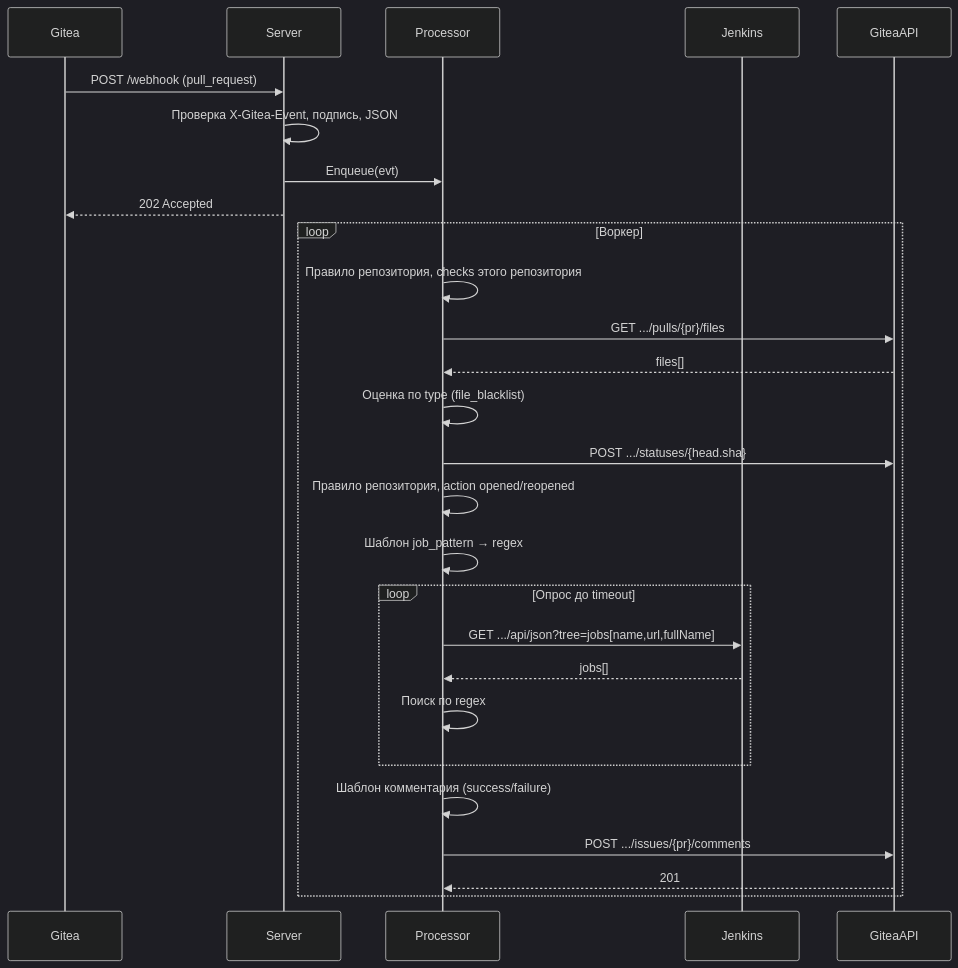
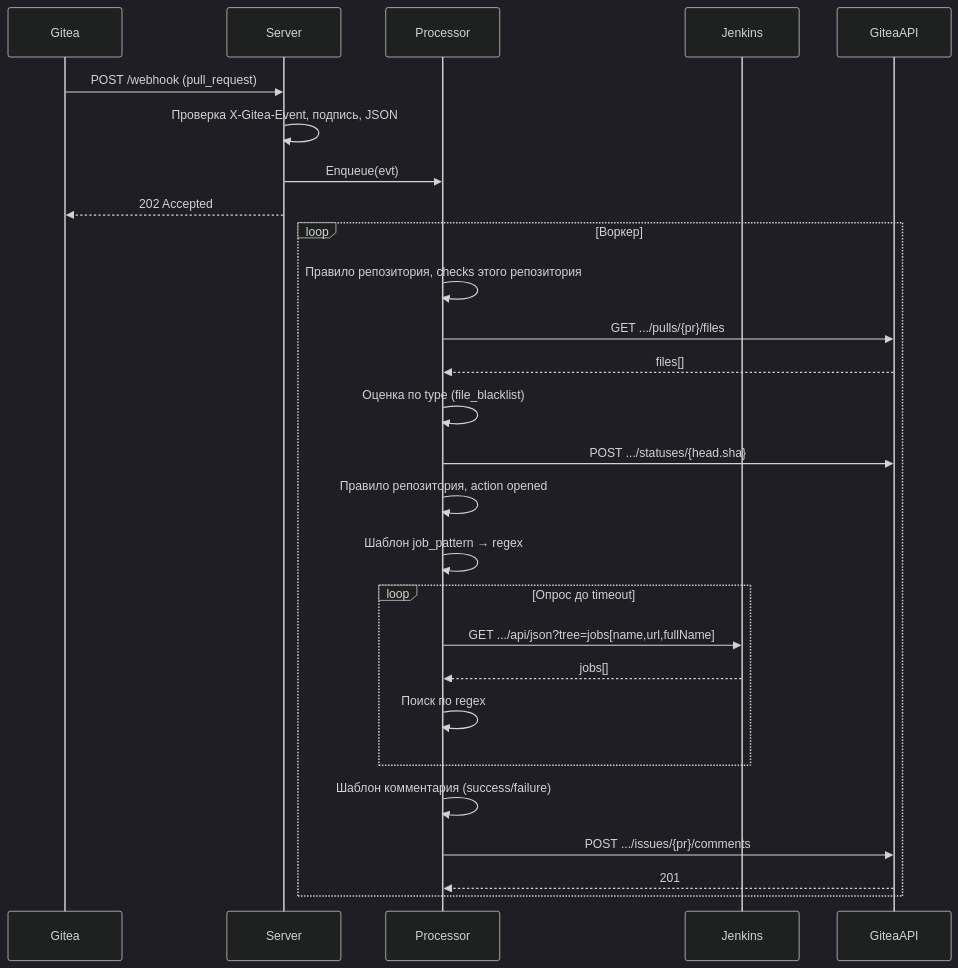
One commit to eremenko789/rkl-jarvis-pr-helper changed the first of 2 diagrams in docs/architecture.md. Above: the diagram before and after it, drawn with Mermaid (dark theme). The commit also changed other lines of this file and 10 other files, not shown here.

````diff
--- a/docs/architecture.md
+++ b/docs/architecture.md
@@ -16,31 +16,31 @@
 ```mermaid
 sequenceDiagram
     participant Gitea
     participant Server
     participant Processor
     participant Jenkins
     participant GiteaAPI
 
     Gitea->>Server: POST /webhook (pull_request)
     Server->>Server: Проверка X-Gitea-Event, подпись, JSON
     Server->>Processor: Enqueue(evt)
     Server-->>Gitea: 202 Accepted
 
     loop Воркер
         Processor->>Processor: Правило репозитория, checks этого репозитория
         Processor->>GiteaAPI: GET .../pulls/{pr}/files
         GiteaAPI-->>Processor: files[]
         Processor->>Processor: Оценка по type (file_blacklist)
         Processor->>GiteaAPI: POST .../statuses/{head.sha}
-        Processor->>Processor: Правило репозитория, action opened/reopened
+        Processor->>Processor: Правило репозитория, action opened
         Processor->>Processor: Шаблон job_pattern → regex
         loop Опрос до timeout
             Processor->>Jenkins: GET .../api/json?tree=jobs[name,url,fullName]
             Jenkins-->>Processor: jobs[]
             Processor->>Processor: Поиск по regex
         end
         Processor->>Processor: Шаблон комментария (success/failure)
         Processor->>GiteaAPI: POST .../issues/{pr}/comments
         GiteaAPI-->>Processor: 201
     end
 ```
````
